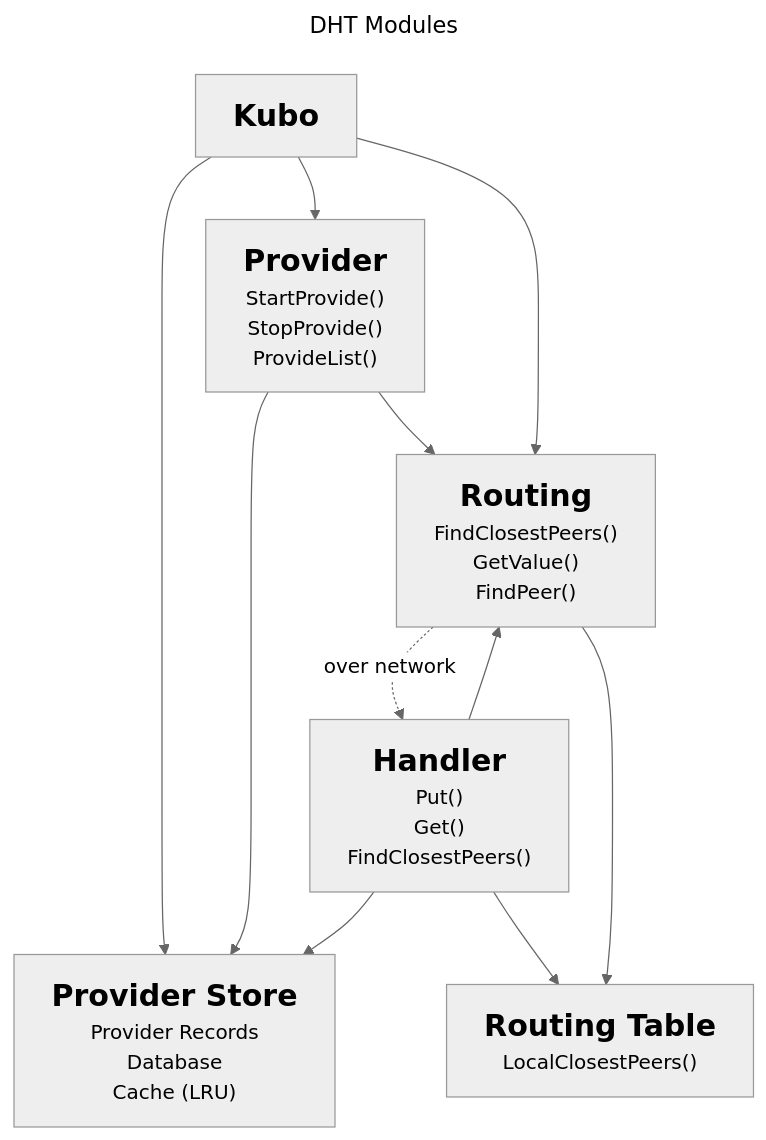
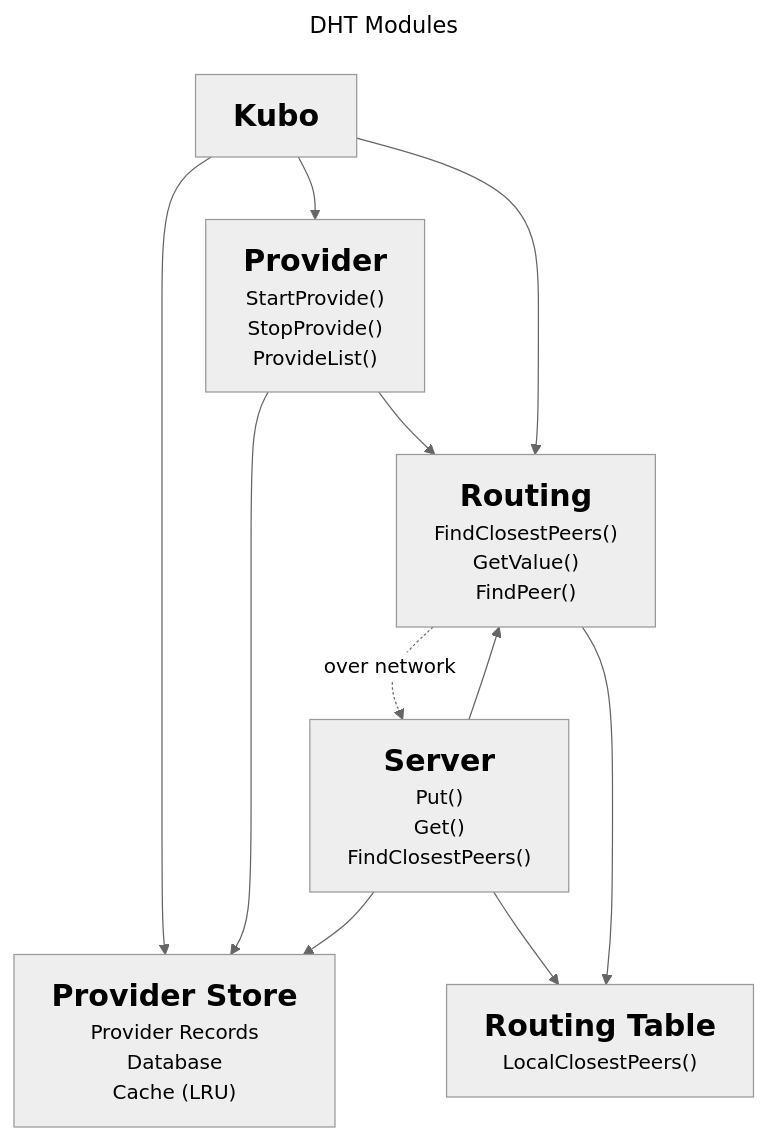
One commit to guillaumemichel/go-libp2p-kad-dht changed the diagram in design.md. Above: the diagram before and after it, drawn with Mermaid (neutral theme). The commit also changed other lines of this file and 11 other files, not shown here.

````diff
--- a/design.md
+++ b/design.md
@@ -5,16 +5,16 @@
 ```mermaid
 ---
 title: DHT Modules
 ---
 flowchart TD
     K["<font size=5><b>Kubo</b></font>"] --> P["<font size=5><b>Provider</b></font><br>StartProvide()<br>StopProvide()<br>ProvideList()"]
     K --> PS["<font size=5><b>Provider Store</b></font><br>Provider Records<br>Database<br>Cache (LRU)"]
     P --> PS
     P --> R
     K --> R["<font size=5><b>Routing</b></font><br>FindClosestPeers()<br>GetValue()<br>FindPeer()"]
-    H["<font size=5><b>Handler</b></font><br>Put()<br>Get()<br>FindClosestPeers()"] --> PS
-    R -.->|over network| H
-    H --> R
-    H --> RT["<font size=5><b>Routing Table</b></font><br>LocalClosestPeers()"]
+    S["<font size=5><b>Server</b></font><br>Put()<br>Get()<br>FindClosestPeers()"] --> PS
+    R -.->|over network| S
+    S --> R
+    S --> RT["<font size=5><b>Routing Table</b></font><br>LocalClosestPeers()"]
     R --> RT
 ```
````
